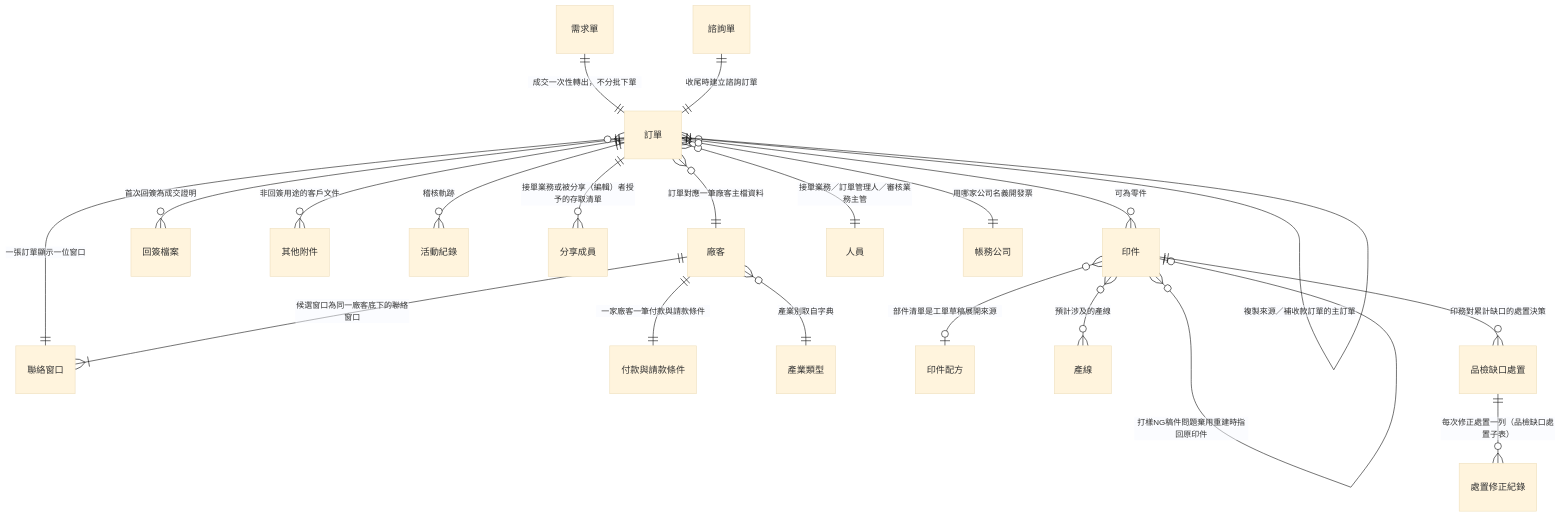
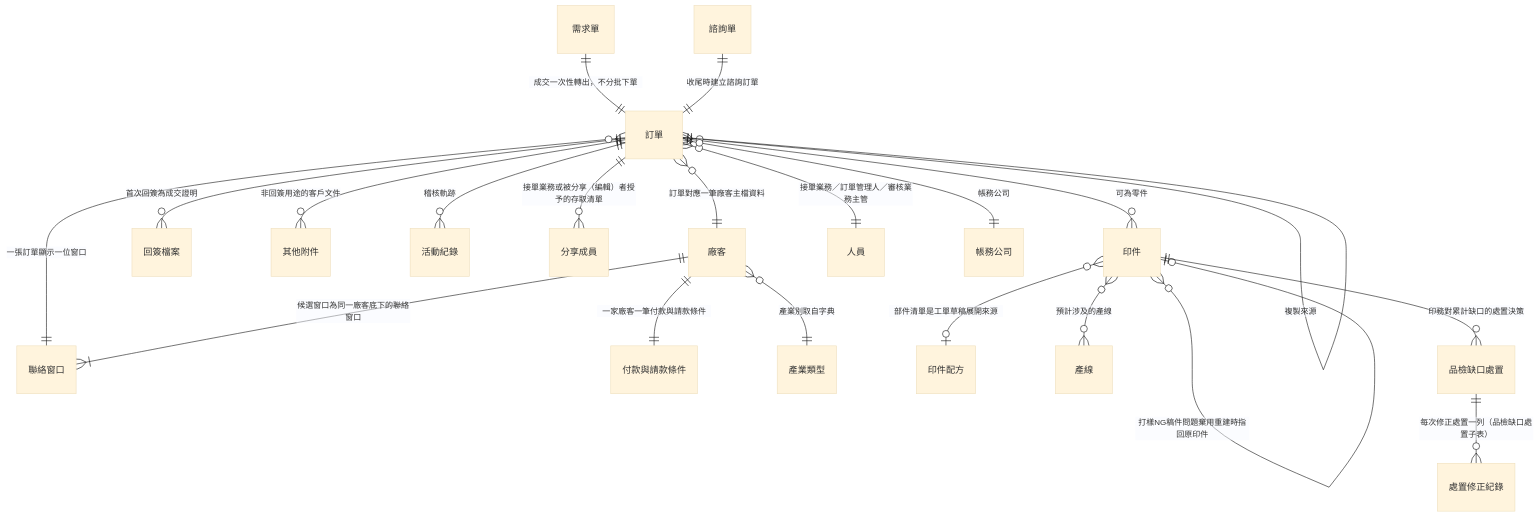
The first of 6 diagrams in memory/Sens_wiki/wiki/erp/05-entities/訂單領域資料結構總覽.md (Kawato-Miles/erp-spec), drawn with Mermaid (base theme) before and after one commit. The commit also changed other lines of this file and 31 other files, not shown here.

````diff
--- a/memory/Sens_wiki/wiki/erp/05-entities/訂單領域資料結構總覽.md
+++ b/memory/Sens_wiki/wiki/erp/05-entities/訂單領域資料結構總覽.md
@@ -28,23 +29,23 @@
 ```mermaid
 erDiagram
     "需求單" ||--|| "訂單" : "成交一次性轉出，不分批下單"
     "諮詢單" ||--|| "訂單" : "收尾時建立諮詢訂單"
     "訂單" ||--o{ "印件" : "可為零件"
-    "訂單" }o--|| "訂單" : "複製來源／補收款訂單的主訂單"
+    "訂單" }o--|| "訂單" : "複製來源"
     "訂單" ||--o{ "回簽檔案" : "首次回簽為成交證明"
     "訂單" ||--o{ "其他附件" : "非回簽用途的客戶文件"
     "訂單" ||--o{ "活動紀錄" : "稽核軌跡"
     "訂單" ||--o{ "分享成員" : "接單業務或被分享（編輯）者授予的存取清單"
     "訂單" }o--|| "廠客" : "訂單對應一筆廠客主檔資料"
     "訂單" }o--|| "聯絡窗口" : "一張訂單顯示一位窗口"
     "廠客" ||--|{ "聯絡窗口" : "候選窗口為同一廠客底下的聯絡窗口"
     "廠客" ||--|| "付款與請款條件" : "一家廠客一筆付款與請款條件"
     "廠客" }o--|| "產業類型" : "產業別取自字典"
     "訂單" }o--|| "人員" : "接單業務／訂單管理人／審核業務主管"
-    "訂單" }o--|| "帳務公司" : "用哪家公司名義開發票"
+    "訂單" }o--|| "帳務公司" : "帳務公司"
     "印件" }o--o| "印件" : "打樣NG稿件問題棄用重建時指回原印件"
     "印件" }o--o| "印件配方" : "部件清單是工單草稿展開來源"
     "印件" }o--o{ "產線" : "預計涉及的產線"
     "印件" ||--o{ "品檢缺口處置" : "印務對累計缺口的處置決策"
     "品檢缺口處置" ||--o{ "處置修正紀錄" : "每次修正處置一列（品檢缺口處置子表）"
 ```
````
